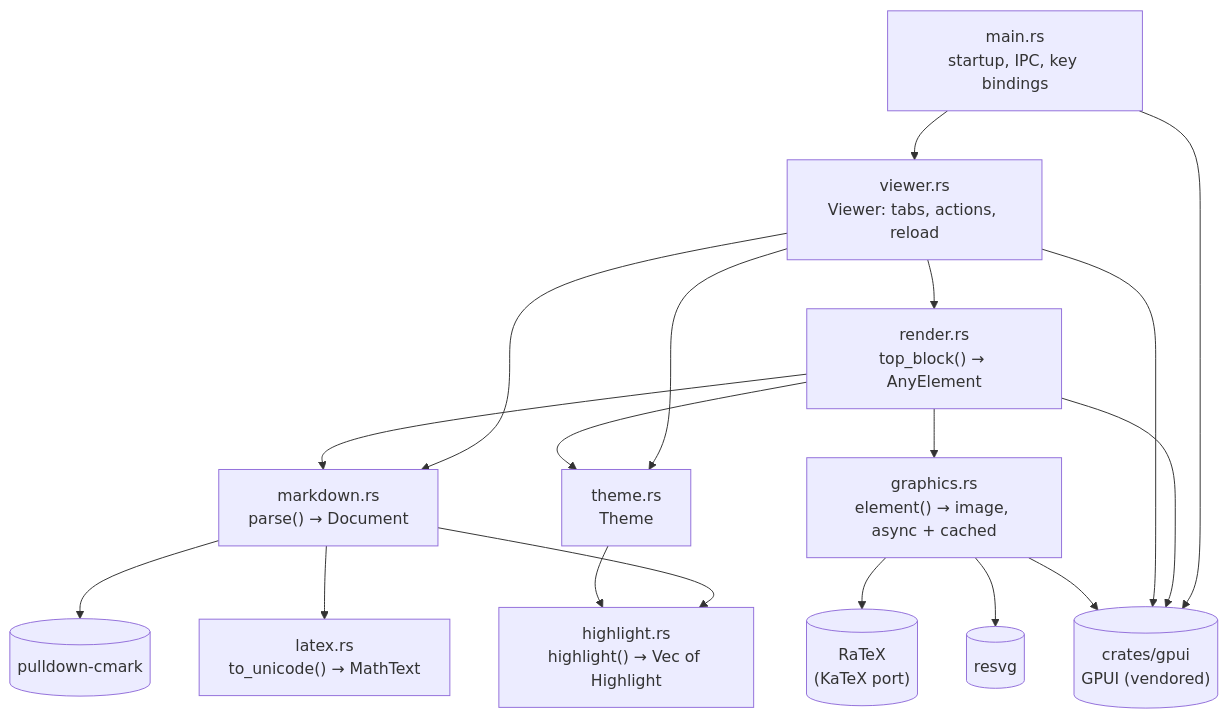
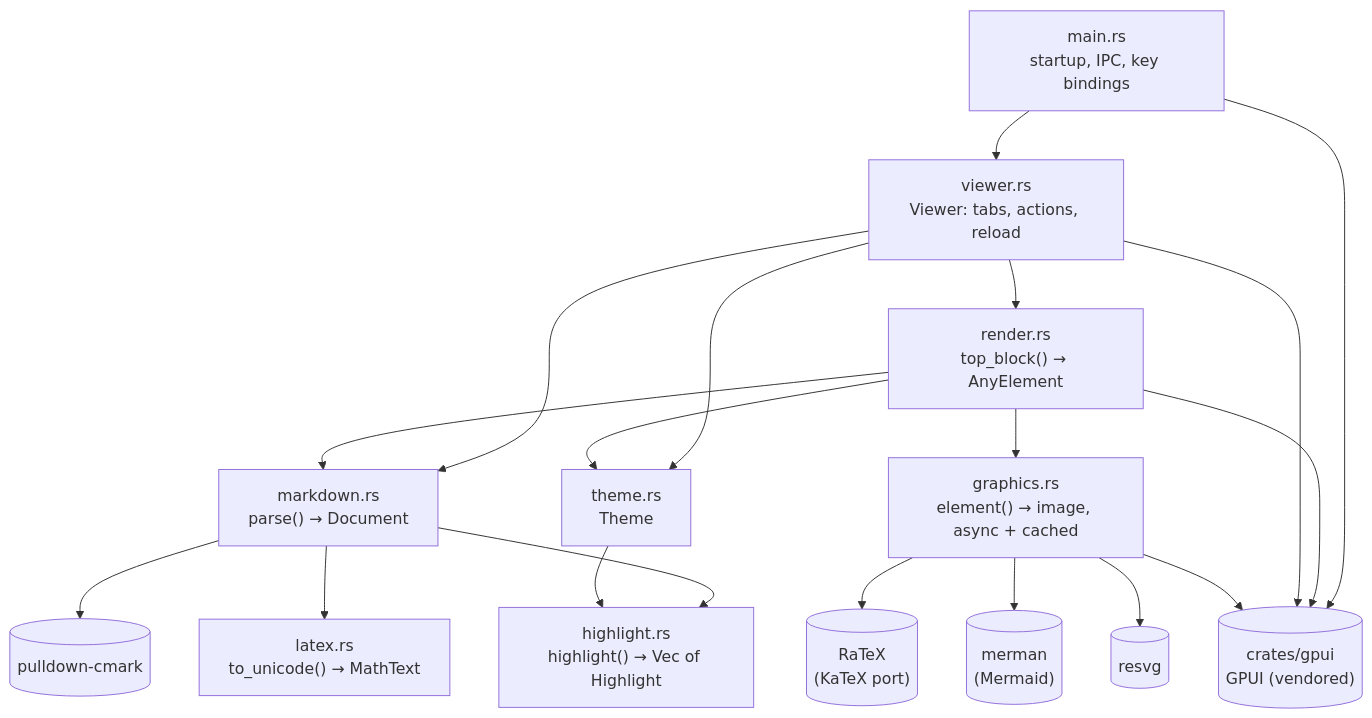
The first of 5 diagrams in docs/architecture.md (JorgeAgar/markdown-viewer-zed), drawn with Mermaid before and after one commit. The commit also changed other lines of this file and 11 other files, not shown here.

````diff
--- a/docs/architecture.md
+++ b/docs/architecture.md
@@ -24,33 +24,35 @@
 ```mermaid
 flowchart TD
     main["main.rs<br/>startup, IPC, key bindings"]
     viewer["viewer.rs<br/>Viewer: tabs, actions, reload"]
     markdown["markdown.rs<br/>parse() → Document"]
     highlight["highlight.rs<br/>highlight() → Vec of Highlight"]
     latex["latex.rs<br/>to_unicode() → MathText"]
     graphics["graphics.rs<br/>element() → image, async + cached"]
     ratex[("RaTeX<br/>(KaTeX port)")]
+    merman[("merman<br/>(Mermaid)")]
     resvg[("resvg")]
     render["render.rs<br/>top_block() → AnyElement"]
     theme["theme.rs<br/>Theme"]
     gpui[("crates/gpui<br/>GPUI (vendored)")]
     cmark[("pulldown-cmark")]
 
     main --> viewer
     main --> gpui
     viewer --> markdown
     viewer --> render
     viewer --> theme
     render --> markdown
     render --> theme
     render --> gpui
     viewer --> gpui
     markdown --> cmark
     markdown --> highlight
     markdown --> latex
     theme --> highlight
     render --> graphics
     graphics --> ratex
+    graphics --> merman
     graphics --> resvg
     graphics --> gpui
 ```
````
